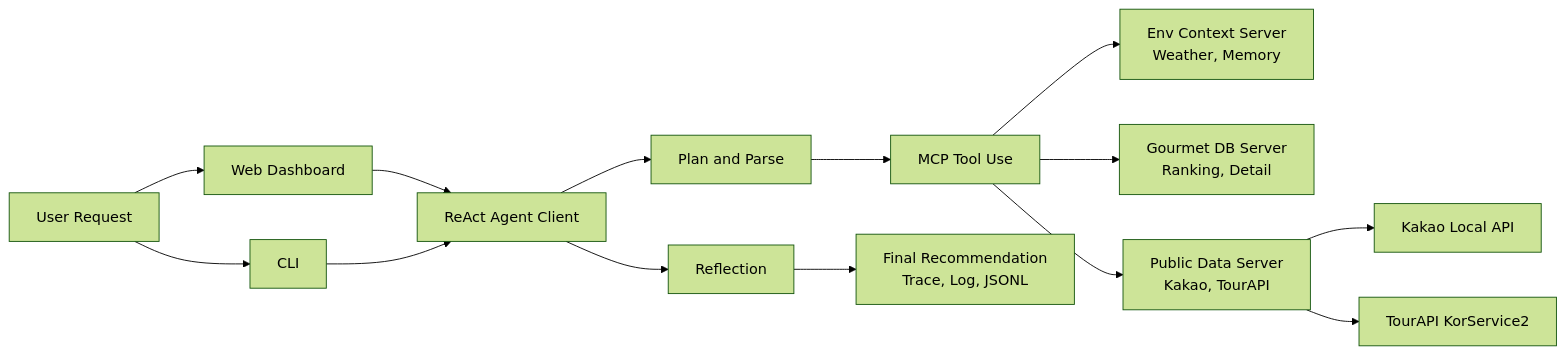
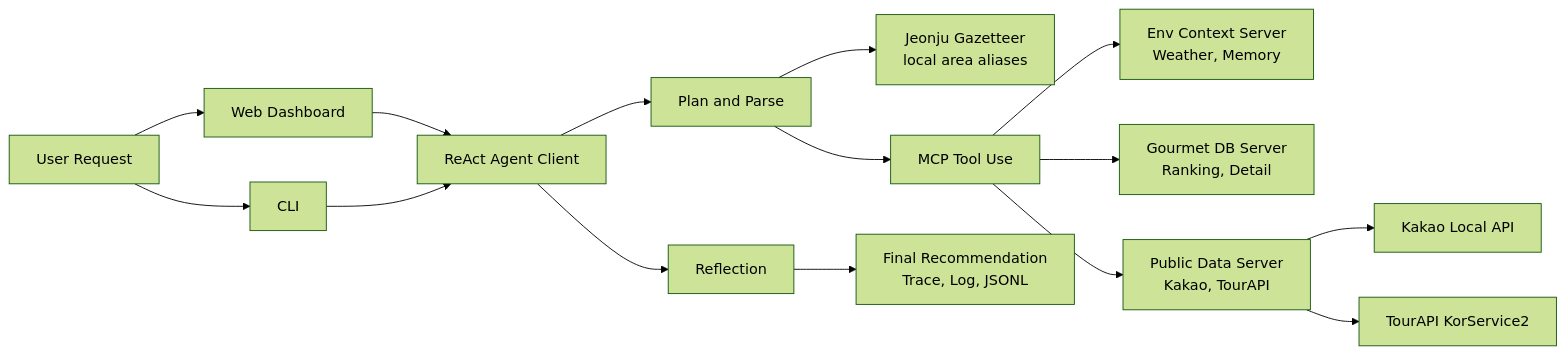
One commit to yangbun-GIT/ReAct-aurant changed the diagram in README.md. Above: the diagram before and after it, drawn with Mermaid (forest theme). The commit also changed other lines of this file and 3 other files, not shown here.

````diff
--- a/README.md
+++ b/README.md
@@ -7,16 +7,17 @@
 ```mermaid
 flowchart LR
     U["User Request"] --> W["Web Dashboard"]
     U --> C["CLI"]
     W --> A["ReAct Agent Client"]
     C --> A
     A --> P["Plan and Parse"]
+    P --> Z["Jeonju Gazetteer<br/>local area aliases"]
     P --> T["MCP Tool Use"]
     T --> E["Env Context Server<br/>Weather, Memory"]
     T --> G["Gourmet DB Server<br/>Ranking, Detail"]
     T --> D["Public Data Server<br/>Kakao, TourAPI"]
     D --> K["Kakao Local API"]
     D --> R["TourAPI KorService2"]
     A --> F["Reflection"]
     F --> O["Final Recommendation<br/>Trace, Log, JSONL"]
 ```
````
